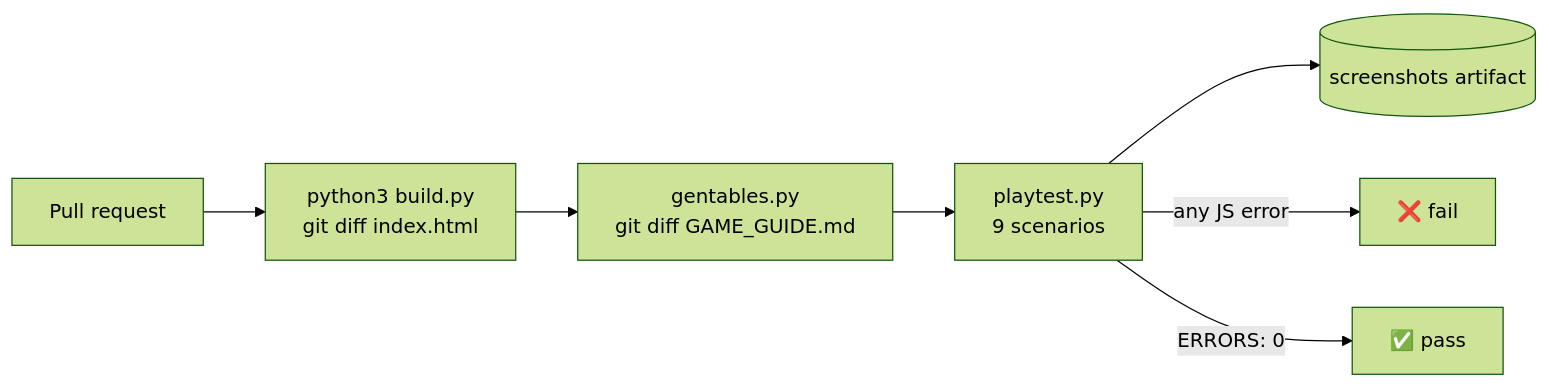
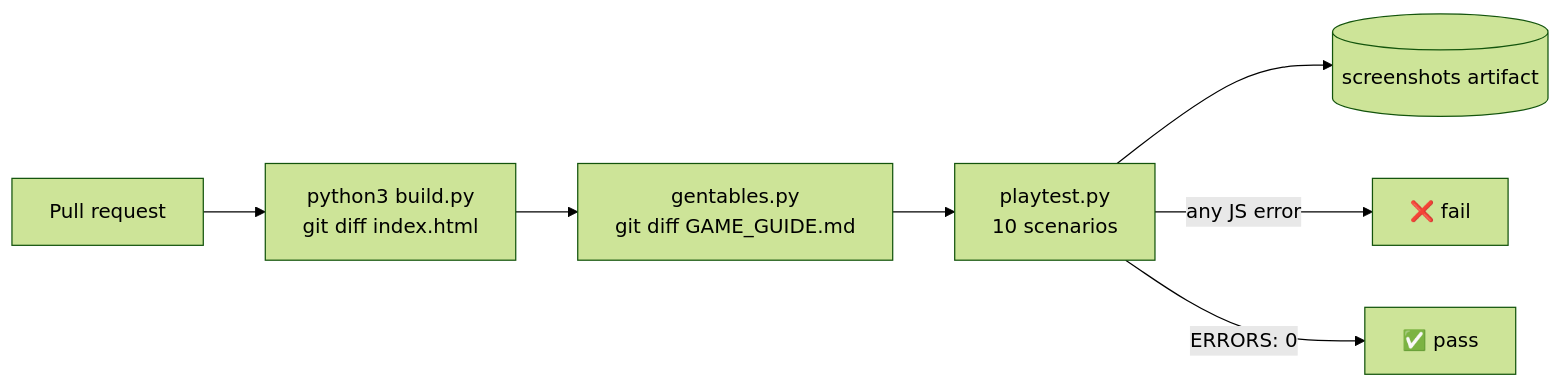
Before and after one commit to CptNope/Laternfall: the fourth of 4 diagrams in docs/TESTING.md, drawn with Mermaid (forest theme). The commit also changed other lines of this file and 51 other files, not shown here.

````diff
--- a/docs/TESTING.md
+++ b/docs/TESTING.md
@@ -232,9 +235,9 @@
 ```mermaid
 flowchart LR
     PR[Pull request] --> B[python3 build.py<br/>git diff index.html]
     B --> GG[gentables.py<br/>git diff GAME_GUIDE.md]
-    GG --> PT[playtest.py<br/>9 scenarios]
+    GG --> PT[playtest.py<br/>10 scenarios]
     PT --> A[(screenshots artifact)]
     PT -->|any JS error| X[❌ fail]
     PT -->|ERRORS: 0| OK[✅ pass]
 ```
````
